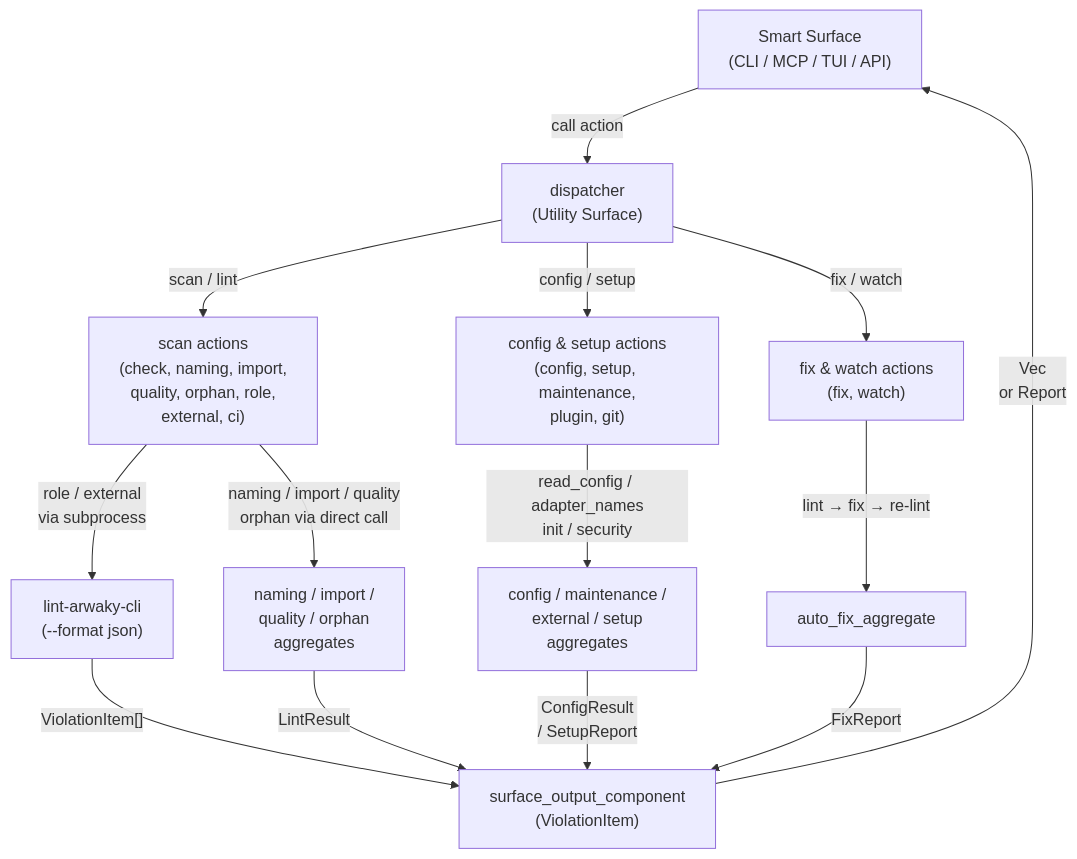
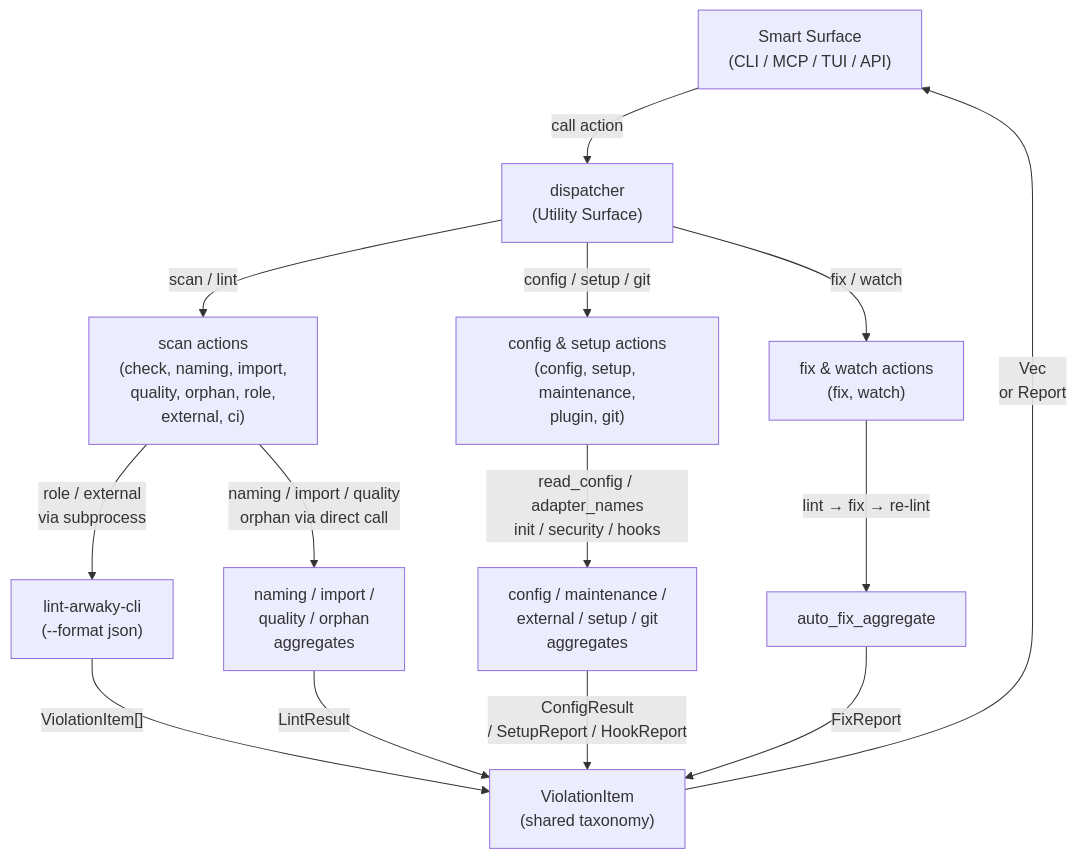
One commit to rakaarwaky/lint-arwaky changed the diagram in crates/dispatcher/FRD.md. Above: the diagram before and after it, drawn with Mermaid. The commit also changed other lines of this file and 60 other files, not shown here.

First line of the commit message:
feat(graph-loop): Implement state manager and trigger scanner for pipeline orchestration

````diff
--- a/crates/dispatcher/FRD.md
+++ b/crates/dispatcher/FRD.md
@@ -11,20 +11,20 @@
 ```mermaid
 flowchart TD
     A["Smart Surface\n(CLI / MCP / TUI / API)"] -->|"call action"| D["dispatcher\n(Utility Surface)"]
 
     D -->|"scan / lint"| SCAN["scan actions\n(check, naming, import,\nquality, orphan, role,\nexternal, ci)"]
     D -->|"fix / watch"| FIX["fix & watch actions\n(fix, watch)"]
-    D -->|"config / setup"| CFG["config & setup actions\n(config, setup, maintenance,\nplugin, git)"]
+    D -->|"config / setup / git"| CFG["config & setup actions\n(config, setup, maintenance,\nplugin, git)"]
 
     SCAN -->|"role / external\nvia subprocess"| S["lint-arwaky-cli\n(--format json)"]
     SCAN -->|"naming / import / quality\norphan via direct call"| B1["naming / import /\nquality / orphan\naggregates"]
-    CFG -->|"read_config / adapter_names\ninit / security"| B2["config / maintenance /\nexternal / setup\naggregates"]
+    CFG -->|"read_config / adapter_names\ninit / security / hooks"| B2["config / maintenance /\nexternal / setup / git\naggregates"]
     FIX -->|"lint → fix → re-lint"| B6["auto_fix_aggregate"]
 
-    S -->|"ViolationItem[]"| OUT["surface_output_component\n(ViolationItem)"]
+    S -->|"ViolationItem[]"| OUT["ViolationItem\n(shared taxonomy)"]
     B1 -->|"LintResult"| OUT
-    B2 -->|"ConfigResult\n/ SetupReport"| OUT
+    B2 -->|"ConfigResult\n/ SetupReport / HookReport"| OUT
     B6 -->|"FixReport"| OUT
 
     OUT -->|"Vec<ViolationItem>\nor Report"| A
 ```
````
